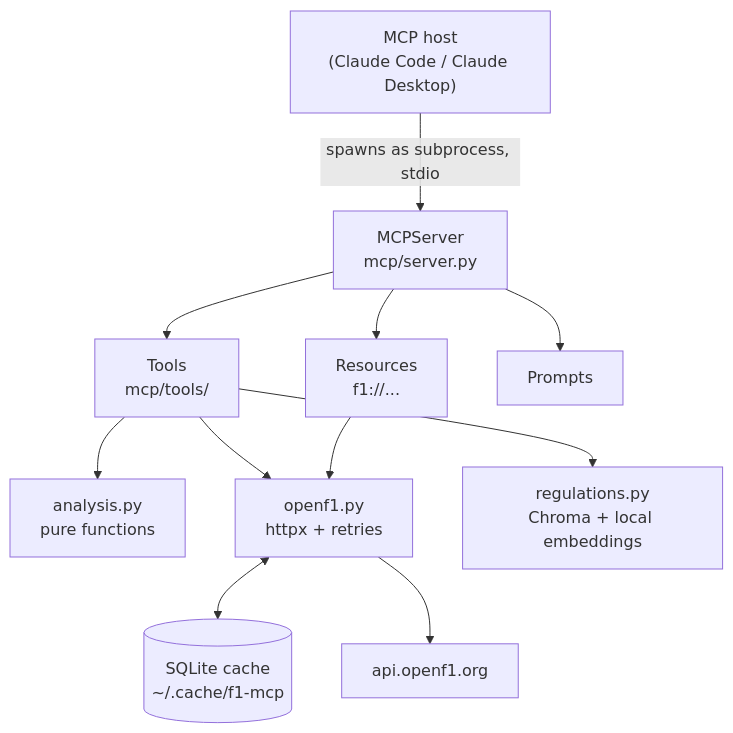
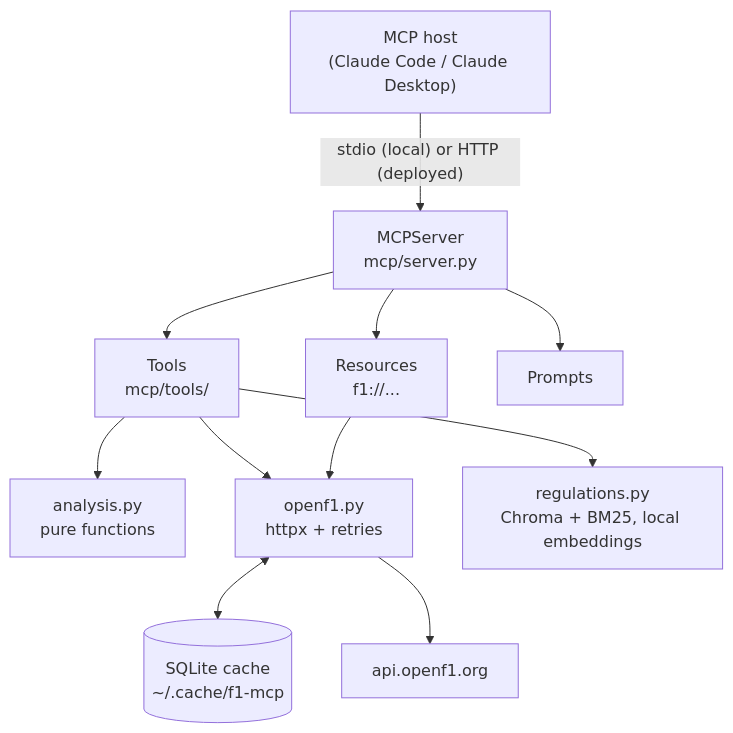
The second of 2 diagrams in README.md (JuanEliasLaraSoto/f1-mcp), drawn with Mermaid before and after one commit. The commit also changed other lines of this file, not shown here.

````diff
--- a/README.md
+++ b/README.md
@@ -179,23 +182,23 @@
 ```mermaid
 graph TD
     Host["MCP host<br/>(Claude Code / Claude Desktop)"]
     Server["MCPServer<br/>mcp/server.py"]
     Tools["Tools<br/>mcp/tools/"]
     Resources["Resources<br/>f1://..."]
     Prompts["Prompts"]
     Analysis["analysis.py<br/>pure functions"]
     Client["openf1.py<br/>httpx + retries"]
     Cache[("SQLite cache<br/>~/.cache/f1-mcp")]
     API["api.openf1.org"]
 
-    Host -->|"spawns as subprocess, stdio"| Server
+    Host -->|"stdio (local) or HTTP (deployed)"| Server
     Server --> Tools
     Server --> Resources
     Server --> Prompts
     Tools --> Analysis
     Tools --> Client
     Resources --> Client
     Client <--> Cache
     Client --> API
-    Tools --> Regs["regulations.py<br/>Chroma + local embeddings"]
+    Tools --> Regs["regulations.py<br/>Chroma + BM25, local embeddings"]
 ```
````
